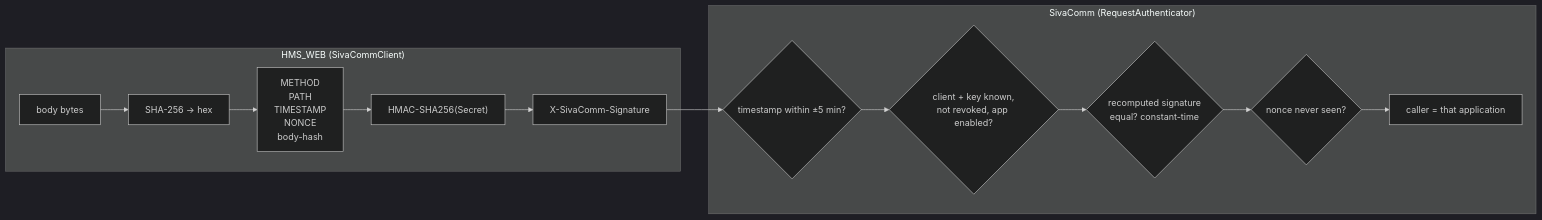
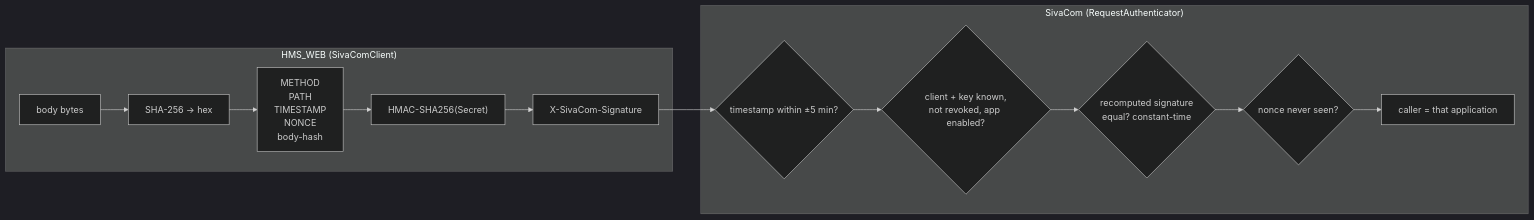
Before and after one commit to yugandharsimhadri/SivaComm: the seventh of 9 diagrams in docs/WORKFLOWS.md, drawn with Mermaid (dark theme). The commit also changed other lines of this file and 127 other files, not shown here.

First line of the commit message:
Rename SivaComm to SivaCom everywhere except the database user

````diff
--- a/docs/WORKFLOWS.md
+++ b/docs/WORKFLOWS.md
@@ -470,16 +470,16 @@
 ```mermaid
 flowchart LR
-    subgraph "HMS_WEB (SivaCommClient)"
+    subgraph "HMS_WEB (SivaComClient)"
         A1[body bytes] --> A2[SHA-256 → hex]
         A3["METHOD \n PATH \n TIMESTAMP \n NONCE \n body-hash"] --> A4["HMAC-SHA256(Secret)"]
         A2 --> A3
-        A4 --> A5[X-SivaComm-Signature]
+        A4 --> A5[X-SivaCom-Signature]
     end
-    subgraph "SivaComm (RequestAuthenticator)"
+    subgraph "SivaCom (RequestAuthenticator)"
         B1{timestamp within ±5 min?} --> B2{client + key known,<br/>not revoked, app enabled?}
         B2 --> B3{recomputed signature<br/>equal? constant-time}
         B3 --> B4{nonce never seen?}
         B4 --> B5[caller = that application]
     end
     A5 --> B1
 ```
````
